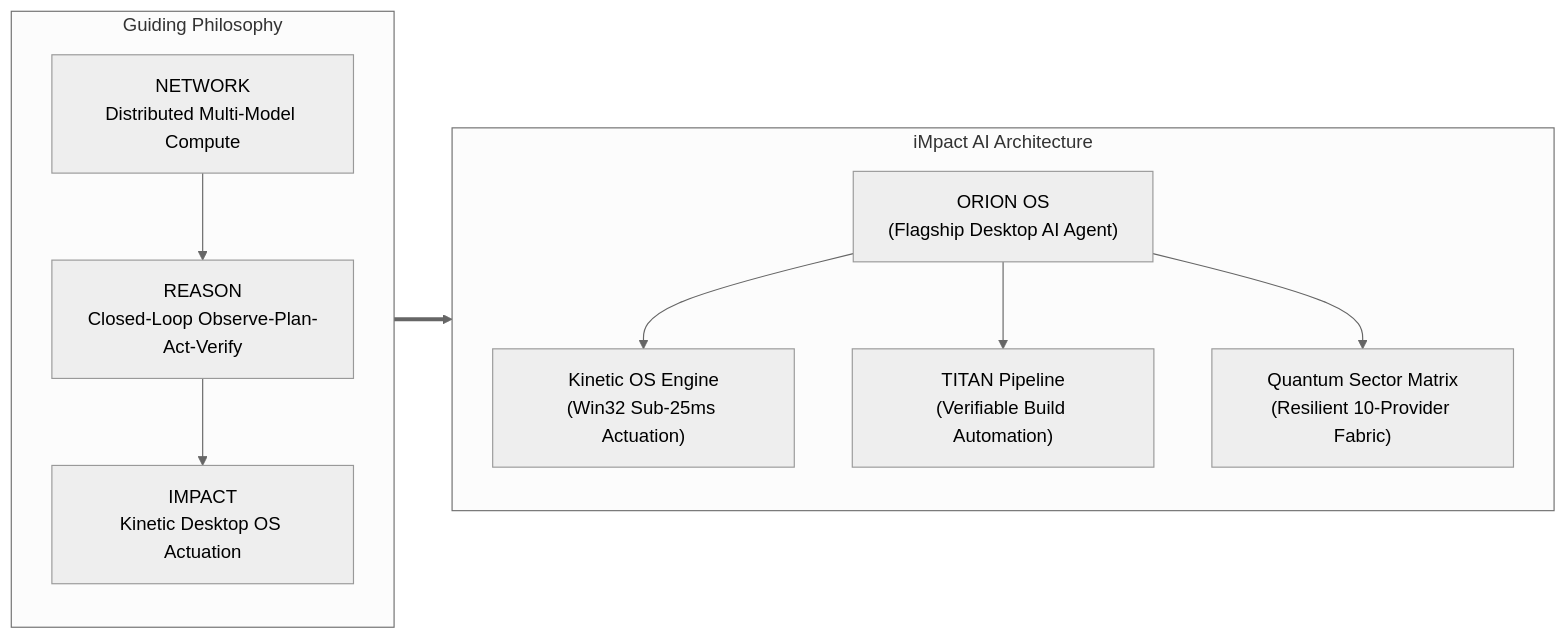
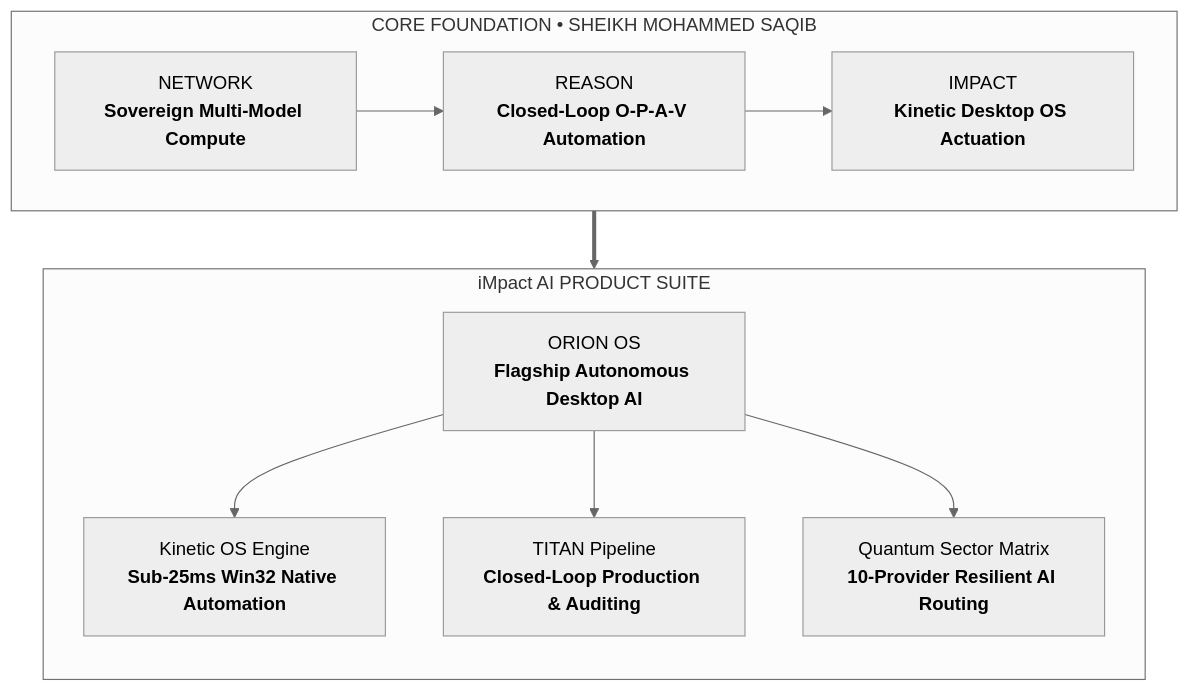
One commit to SaqibsAura/SaqibsAura changed the diagram in README.md. Above: the diagram before and after it, drawn with Mermaid (neutral theme). The commit also changed other lines of this file and 1 other file, not shown here.

````diff
--- a/README.md
+++ b/README.md
@@ -34,24 +35,24 @@
 ```mermaid
-flowchart LR
-    subgraph Principles ["Guiding Philosophy"]
-        direction TB
-        N["NETWORK<br/>Distributed Multi-Model Compute"]
-        R["REASON<br/>Closed-Loop Observe-Plan-Act-Verify"]
-        I["IMPACT<br/>Kinetic Desktop OS Actuation"]
-        N --> R --> I
+flowchart TD
+    subgraph Principles ["CORE FOUNDATION &bull; SHEIKH MOHAMMED SAQIB"]
+        direction LR
+        P1["NETWORK<br/><b>Sovereign Multi-Model Compute</b>"]
+        P2["REASON<br/><b>Closed-Loop O-P-A-V Automation</b>"]
+        P3["IMPACT<br/><b>Kinetic Desktop OS Actuation</b>"]
+        P1 --> P2 --> P3
     end
 
-    subgraph Ecosystem ["iMpact AI Architecture"]
+    subgraph Ecosystem ["iMpact AI PRODUCT SUITE"]
         direction TB
-        ORION["ORION OS<br/>(Flagship Desktop AI Agent)"]
-        KINETIC["Kinetic OS Engine<br/>(Win32 Sub-25ms Actuation)"]
-        TITAN["TITAN Pipeline<br/>(Verifiable Build Automation)"]
-        SECTORS["Quantum Sector Matrix<br/>(Resilient 10-Provider Fabric)"]
+        ORION["ORION OS<br/><b>Flagship Autonomous Desktop AI</b>"]
+        KINETIC["Kinetic OS Engine<br/><b>Sub-25ms Win32 Native Automation</b>"]
+        TITAN["TITAN Pipeline<br/><b>Closed-Loop Production & Auditing</b>"]
+        SECTORS["Quantum Sector Matrix<br/><b>10-Provider Resilient AI Routing</b>"]
 
         ORION --> KINETIC
         ORION --> TITAN
         ORION --> SECTORS
     end
 
     Principles ==> Ecosystem
 ```
````
